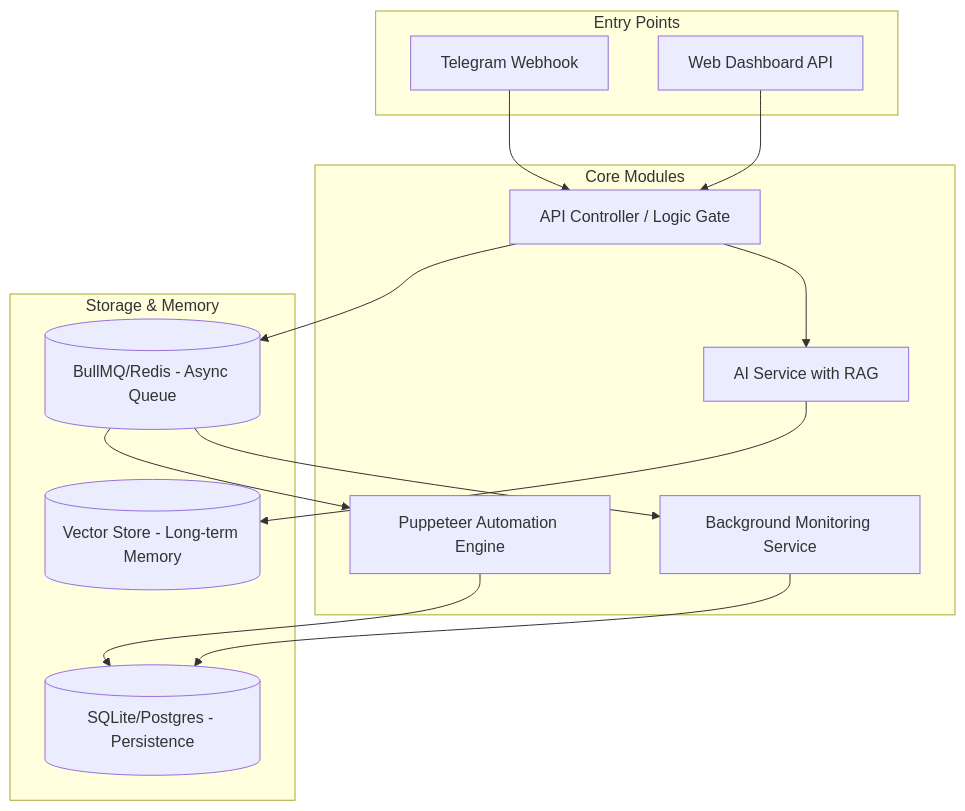
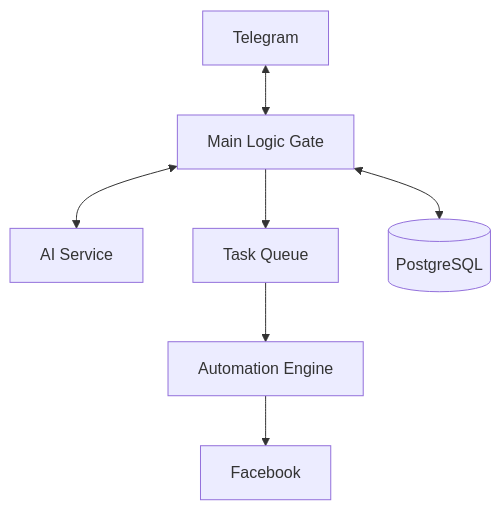
One commit to ToHuyTheAnh0101/mmo-agent changed the fourth of 5 diagrams in docs/SYSTEM_DESIGN.md. Above: the diagram before and after it, drawn with Mermaid. The commit also changed other lines of this file, not shown here.

````diff
--- a/docs/SYSTEM_DESIGN.md
+++ b/docs/SYSTEM_DESIGN.md
@@ -18,30 +122,9 @@
 ```mermaid
 graph TD
-    subgraph "Entry Points"
-        TeleHook[Telegram Webhook]
-        Dashboard[Web Dashboard API]
-    end
-
-    subgraph "Core Modules"
-        LogicGate[API Controller / Logic Gate]
-        AIService[AI Service with RAG]
-        AutoEngine[Puppeteer Automation Engine]
-        MonitorSvc[Background Monitoring Service]
-    end
-
-    subgraph "Storage & Memory"
-        MainDB[(SQLite/Postgres - Persistence)]
-        VectorDB[(Vector Store - Long-term Memory)]
-        TaskQueue[(BullMQ/Redis - Async Queue)]
-    end
-
-    TeleHook --> LogicGate
-    Dashboard --> LogicGate
-    LogicGate --> AIService
-    LogicGate --> TaskQueue
-    TaskQueue --> AutoEngine
-    TaskQueue --> MonitorSvc
-    AIService --> VectorDB
-    AutoEngine --> MainDB
-    MonitorSvc --> MainDB
+    Tele[Telegram] <--> Logic[Main Logic Gate]
+    Logic <--> AI[AI Service]
+    Logic --> Queue[Task Queue]
+    Queue --> Auto[Automation Engine]
+    Auto --> FB[Facebook]
+    Logic <--> DB[(PostgreSQL)]
 ```
````
